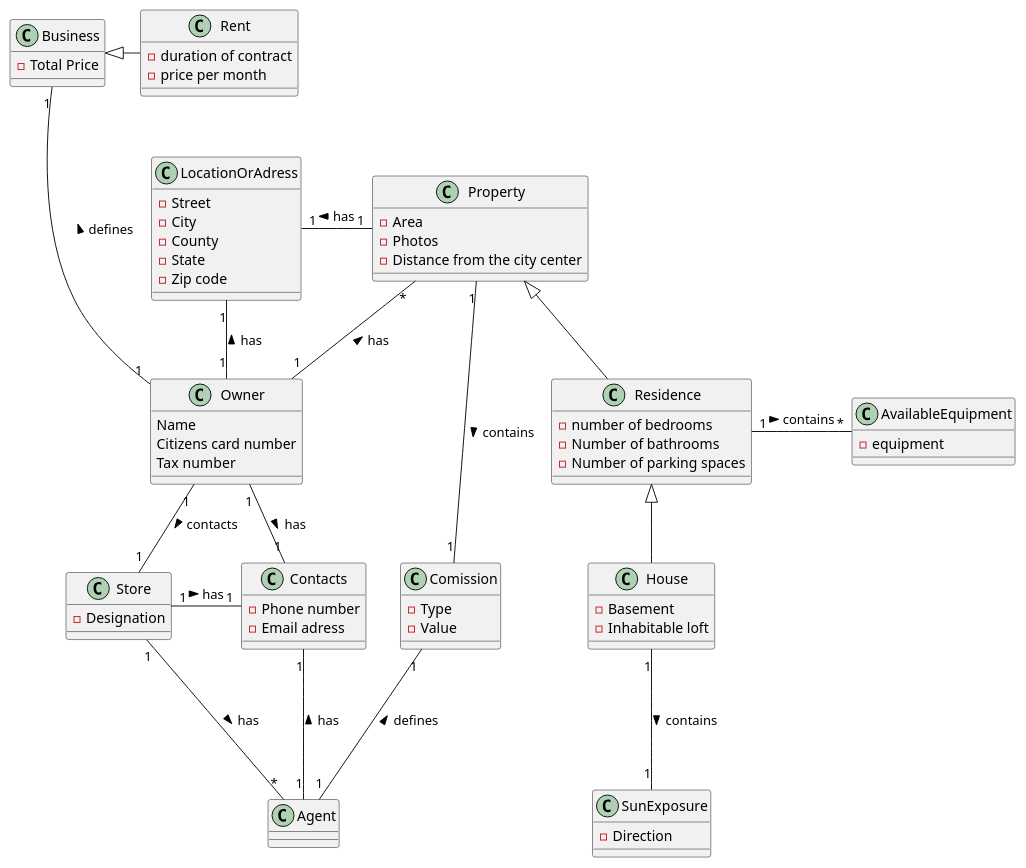
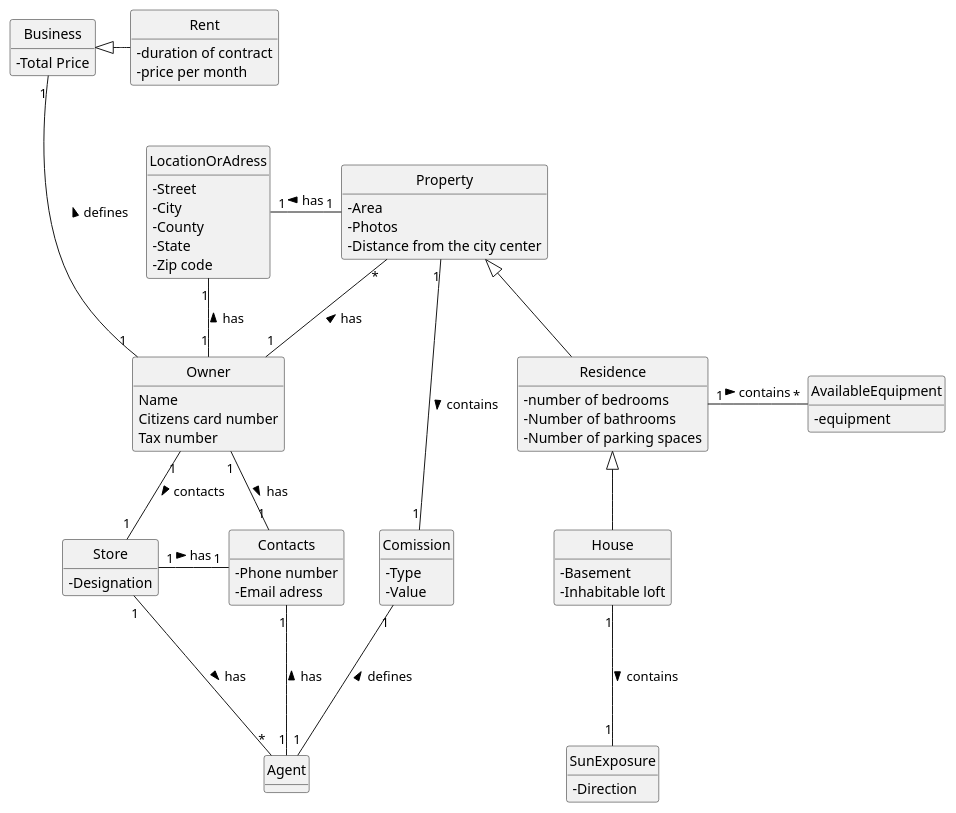
Before and after one commit to PureNimble/ISEP-LAPR2: the diagram in docs/sprintA/US04/02.analysis/puml/us04-domain-model.puml, drawn with PlantUML. The commit also changed 4 other files, not shown here.

```diff
--- a/docs/sprintA/US04/02.analysis/puml/us04-domain-model.puml
+++ b/docs/sprintA/US04/02.analysis/puml/us04-domain-model.puml
@@ -1,112 +1,118 @@
 @startuml
 skinparam groupInheritance 2
+skinparam monochrome true
+skinparam packageStyle rectangle
+skinparam shadowing false
+skinparam classAttributeIconSize 0
+hide circle
+hide methods
 
 class Property
 
 class House
 
 class Residence
 
 class LocationOrAdress
 
 class Contacts
 
 class Owner
 
 class Comission
 
 class Agent
 
 class Business
 
 class AvailableEquipment
 
 class Rent
 
 class SunExposure
 
 class Store
 
 class AvailableEquipment{
 - equipment
 }
 
 Class Contacts{
 - Phone number
 - Email adress 
 }
 
 class Owner {
 Name
 Citizens card number
 Tax number
 }
 
 class Rent{
 - duration of contract
 - price per month
 }
 
 
 class Business{
 - Total Price
 }
 
 class Residence{
 - number of bedrooms
 - Number of bathrooms
 - Number of parking spaces
  }
 
 class Store{
 - Designation
 
 }
 
 class Property {
 - Area
 - Photos
 - Distance from the city center
 }
 
 class House {
 - Basement
 - Inhabitable loft
 }
 
 class SunExposure {
 - Direction
 }
 
 class LocationOrAdress {
 - Street
 - City
 - County
 - State
 - Zip code
 }
 
 class Comission{
 -Type
 -Value
 }
 
 Residence <|-- House
 Property <|-- Residence
 SunExposure "1" -up-- "1" House: contains <
 LocationOrAdress "1" -right-- "1" Property: has <
 LocationOrAdress "1" -right-- "1" Owner: has <
 Owner "1" -left-- "*" Property: has >
 Owner "1" -- "1" Store: contacts >
 Agent "*" -up-- "1" Store: has <
 Comission "1" -down-- "1" Agent: defines <
 Comission "1" -up-- "1" Property: contains <
 Owner "1" -up-- "1" Business: defines >
 AvailableEquipment "*" -left-- "1" Residence: contains <
 Business <|-right- Rent
 Owner "1" -right-- "1" Contacts: has >
 Store "1" -right-- "1" Contacts: has >
 Agent "1" -up-- "1" Contacts: has >
 
 
 @enduml
```
